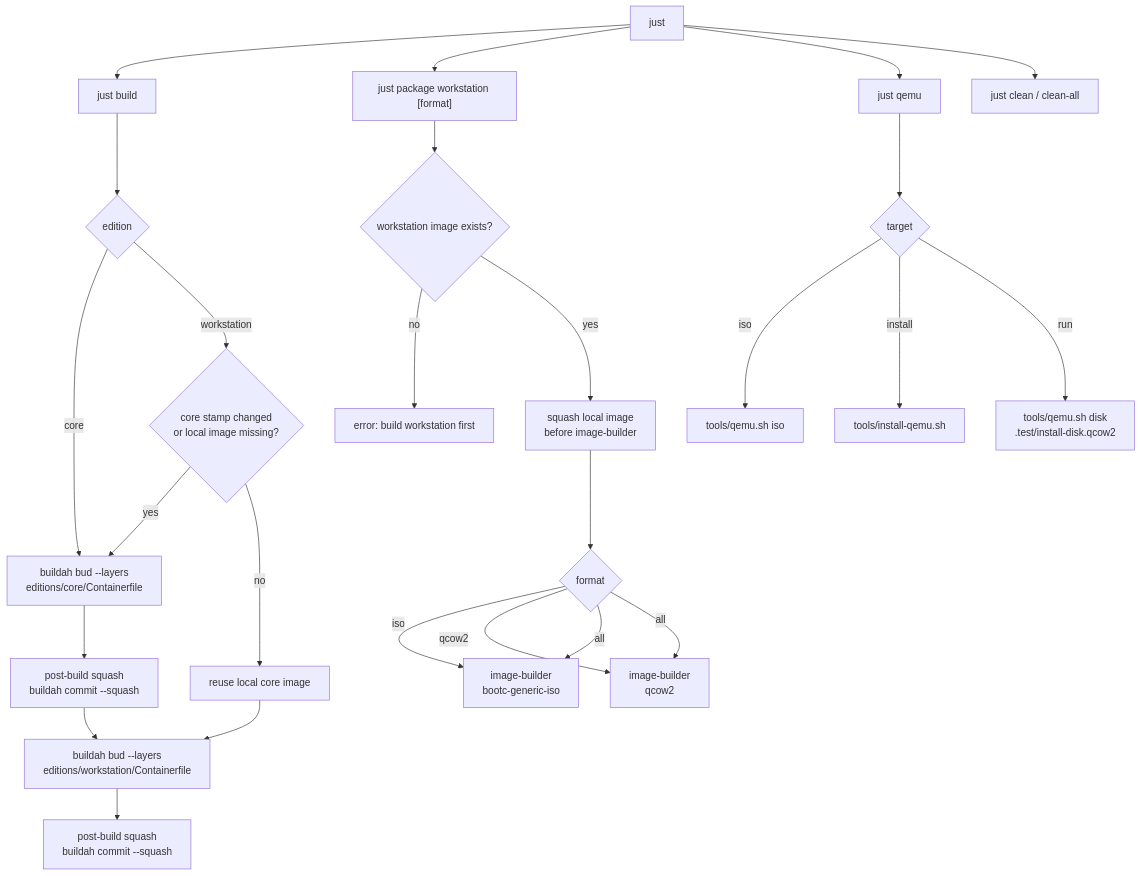
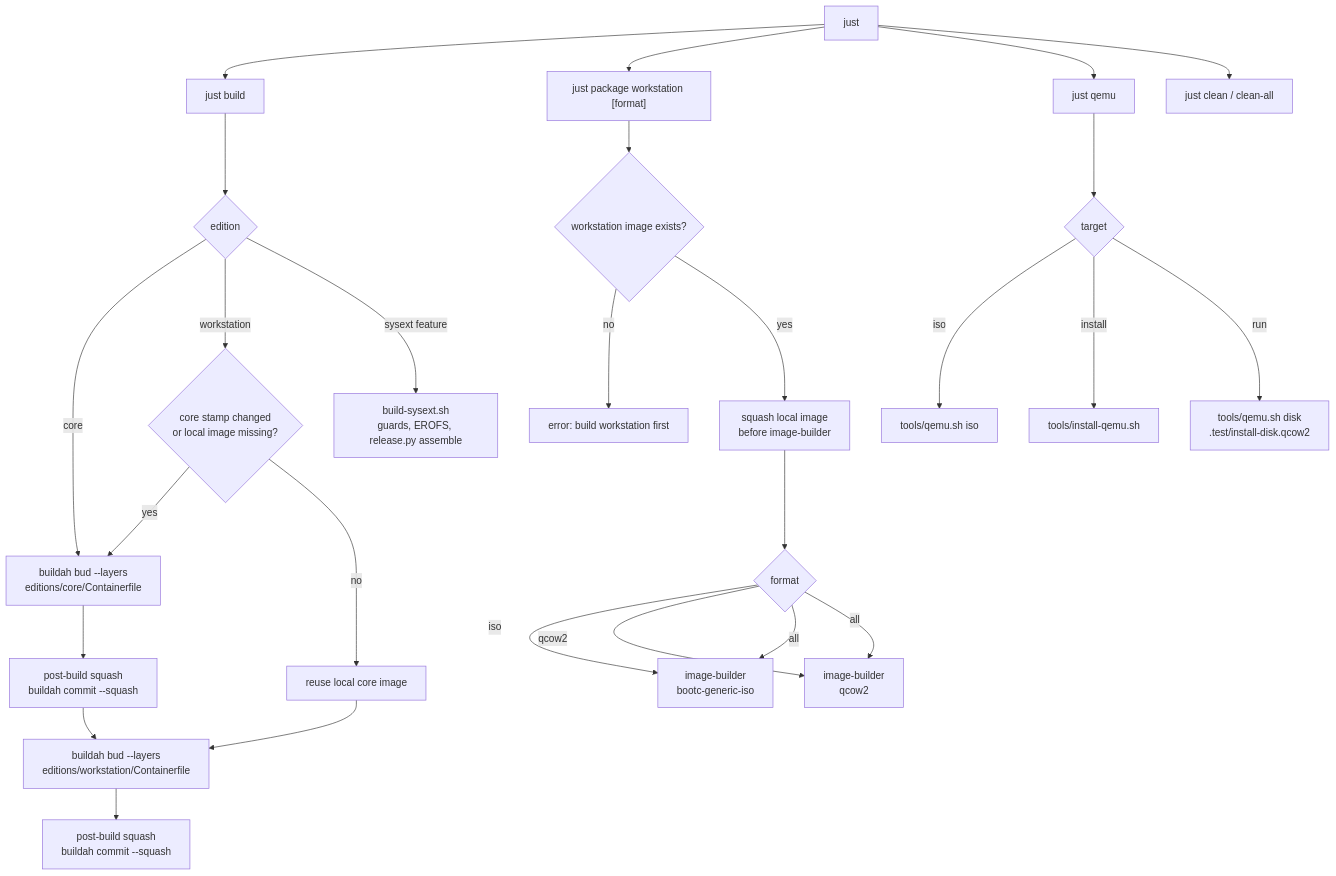
The second of 14 diagrams in ARCHITECTURE.md (luminusOS/images), drawn with Mermaid before and after one commit. The commit also changed other lines of this file and 17 other files, not shown here.

````diff
--- a/ARCHITECTURE.md
+++ b/ARCHITECTURE.md
@@ -136,37 +139,39 @@
 ```mermaid
 flowchart TD
     Start["just <recipe>"]
     Build["just build <edition>"]
     Package["just package workstation [format]"]
     Qemu["just qemu <target>"]
     Clean["just clean / clean-all"]
 
     Start --> Build
     Start --> Package
     Start --> Qemu
     Start --> Clean
 
     Build --> Edition{"edition"}
     Edition -->|core| BuildCore["buildah bud --layers<br/>editions/core/Containerfile"]
     Edition -->|workstation| CoreStamp{"core stamp changed<br/>or local image missing?"}
     CoreStamp -->|yes| BuildCore
     CoreStamp -->|no| ReuseCore["reuse local core image"]
     BuildCore --> SquashCore["post-build squash<br/>buildah commit --squash"]
     SquashCore --> BuildWorkstation["buildah bud --layers<br/>editions/workstation/Containerfile"]
     ReuseCore --> BuildWorkstation
     BuildWorkstation --> SquashWorkstation["post-build squash<br/>buildah commit --squash"]
 
     Package --> ImageExists{"workstation image exists?"}
     ImageExists -->|no| PackageError["error: build workstation first"]
     ImageExists -->|yes| PackageSquash["squash local image<br/>before image-builder"]
     PackageSquash --> Format{"format"}
     Format -->|iso| ISO["image-builder<br/>bootc-generic-iso"]
     Format -->|qcow2| QCOW2["image-builder<br/>qcow2"]
     Format -->|all| ISO
     Format -->|all| QCOW2
 
+    Edition -->|sysext feature| BuildSysext["build-sysext.sh<br/>guards, EROFS, release.py assemble"]
+
     Qemu --> Target{"target"}
     Target -->|iso| QemuISO["tools/qemu.sh iso"]
     Target -->|install| QemuInstall["tools/install-qemu.sh"]
     Target -->|run| QemuRun["tools/qemu.sh disk<br/>.test/install-disk.qcow2"]
 ```
````
